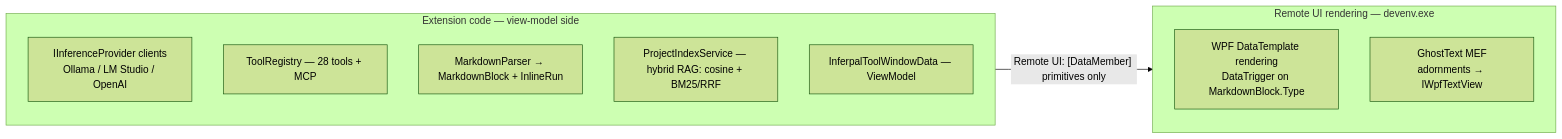
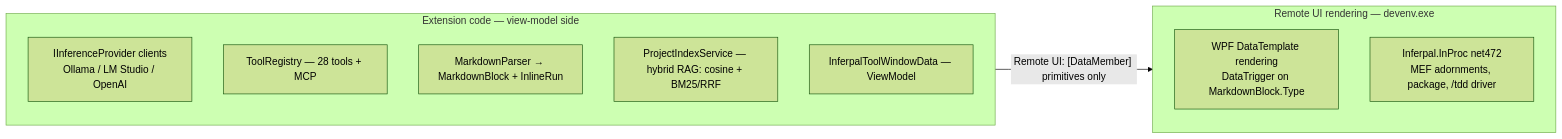
The first of 2 diagrams in docs/architecture.md (EstaxNet/Inferpal), drawn with Mermaid (forest theme) before and after one commit. The commit also changed other lines of this file and 94 other files, not shown here.

````diff
--- a/docs/architecture.md
+++ b/docs/architecture.md
@@ -35,15 +36,15 @@
 ```mermaid
 flowchart LR
     subgraph host["Extension code — view-model side"]
         prov[IInferenceProvider clients<br/>Ollama / LM Studio / OpenAI]
         reg[ToolRegistry — 28 tools + MCP]
         md[MarkdownParser → MarkdownBlock + InlineRun]
         rag[ProjectIndexService — hybrid RAG: cosine + BM25/RRF]
         vm[InferpalToolWindowData — ViewModel]
     end
     subgraph dev["Remote UI rendering — devenv.exe"]
         wpf[WPF DataTemplate rendering<br/>DataTrigger on MarkdownBlock.Type]
-        ghost[GhostText MEF<br/>adornments → IWpfTextView]
+        ghost[Inferpal.InProc net472<br/>MEF adornments, package, /tdd driver]
     end
     host -- "Remote UI: [DataMember] primitives only" --> dev
 ```
````
